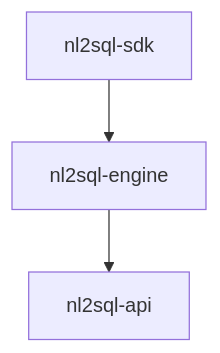
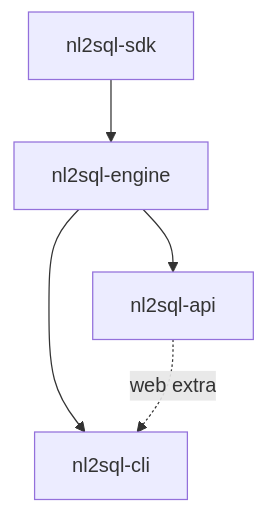
One commit to nadeem4/nl2sql changed the second of 2 diagrams in docs/development/releasing.md. Above: the diagram before and after it, drawn with Mermaid. The commit also changed other lines of this file and 16 other files, not shown here.

First line of the commit message:
ci(cli): release, publish and ship nl2sql-cli in the api image (CL2) (#440)

````diff
--- a/docs/development/releasing.md
+++ b/docs/development/releasing.md
@@ -682,5 +683,7 @@
 ```mermaid
 flowchart TD
     SDK[nl2sql-sdk] --> CORE[nl2sql-engine]
     CORE --> API[nl2sql-api]
+    CORE --> CLI[nl2sql-cli]
+    API -.->|web extra| CLI
 ```
````
